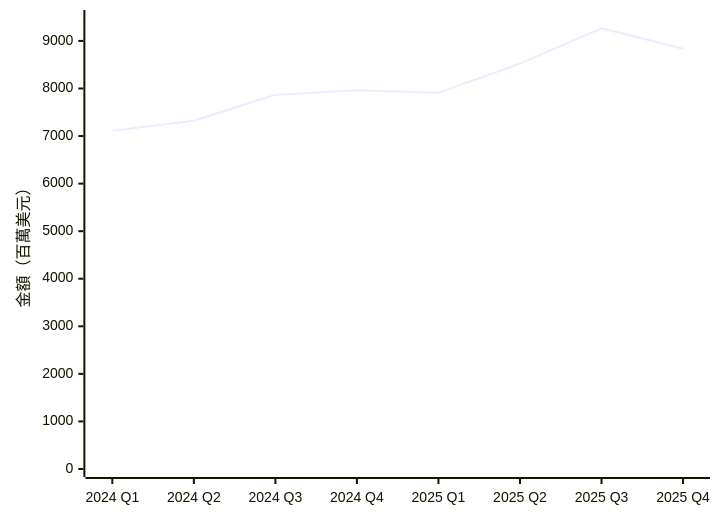
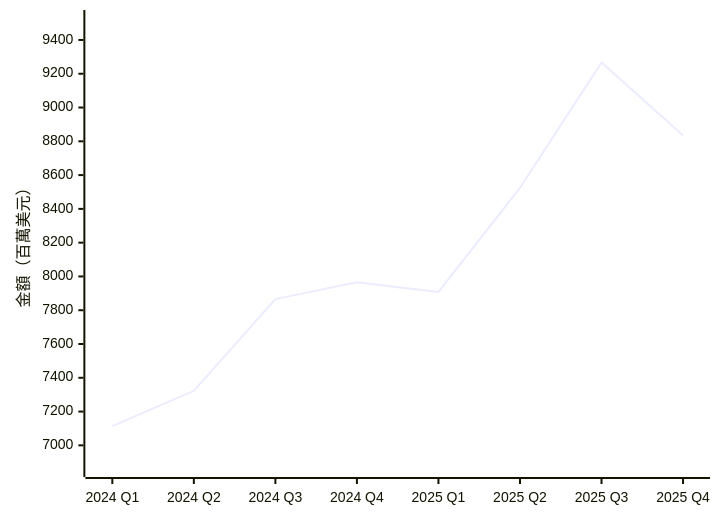
Before and after one commit to jyuny1/blog: the first of 19 diagrams in content/台灣零售與電商競爭分析.md, drawn with Mermaid. The commit also changed other lines of this file, not shown here.

````diff
--- a/content/台灣零售與電商競爭分析.md
+++ b/content/台灣零售與電商競爭分析.md
@@ -35,6 +35,6 @@
 ```mermaid
 xychart-beta
     x-axis ["2024 Q1", "2024 Q2", "2024 Q3", "2024 Q4", "2025 Q1", "2025 Q2", "2025 Q3", "2025 Q4"]
-    y-axis "金額（百萬美元）" 0 --> 9482
+    y-axis "金額（百萬美元）" 6860 --> 9530
     line [7114, 7323, 7866, 7965, 7908, 8524, 9267, 8835]
 ```
````
